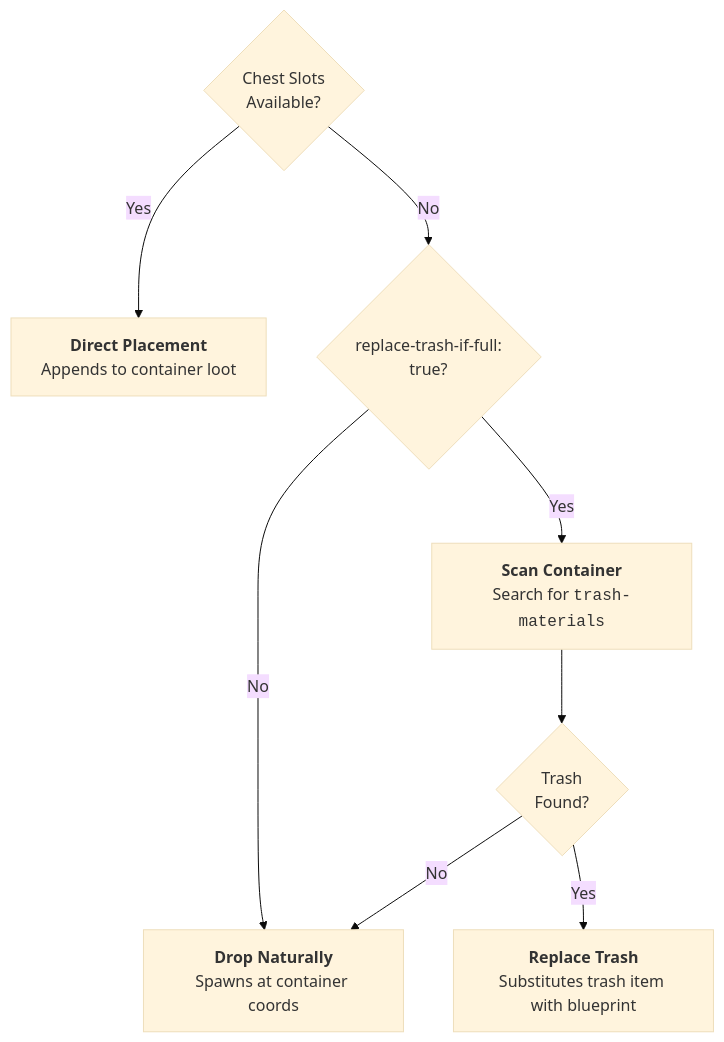
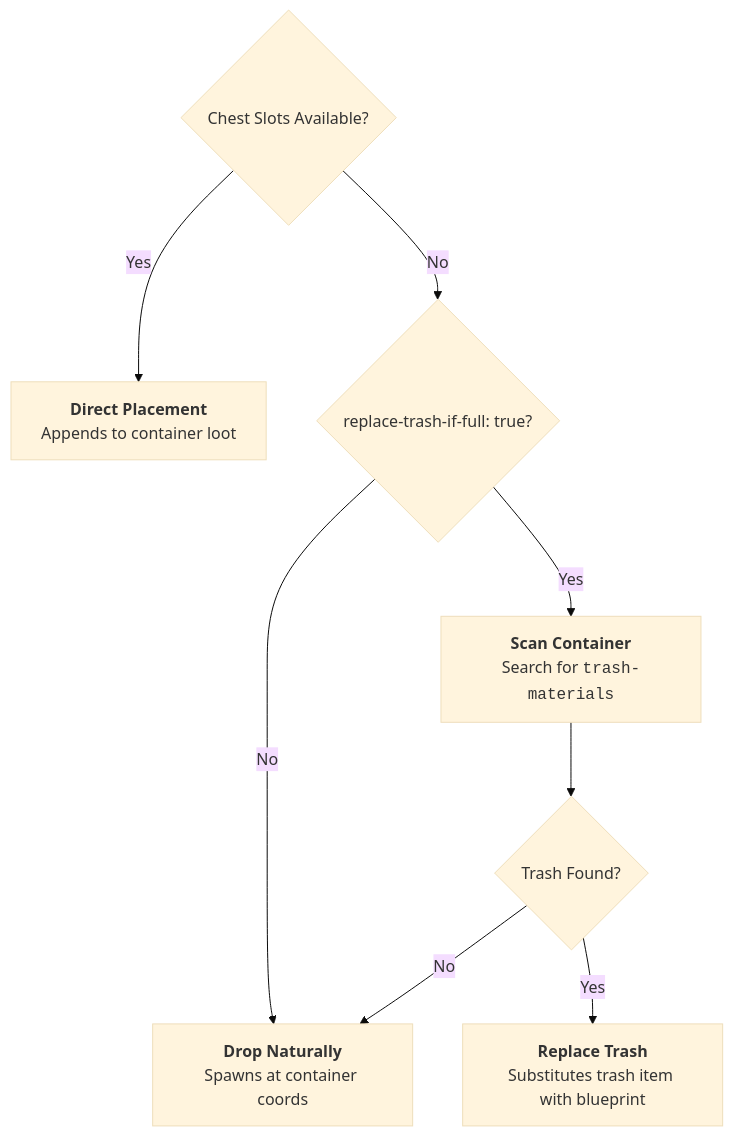
Before and after one commit to XZtotal/CraftingBlueprints-Wiki: the second of 2 diagrams in docs/operations/world-loot-tables.md, drawn with Mermaid (base theme). The commit also changed 4 other files, not shown here.

Commit message:
style(docs): widen flowchart node labels and set wrappingWidth to 360px with minNodeWidth 160px

````diff
--- a/docs/operations/world-loot-tables.md
+++ b/docs/operations/world-loot-tables.md
@@ -250,18 +250,18 @@
 ```mermaid
 flowchart TD
-    CapCheck{"Chest Slots<br/>Available?"}
+    CapCheck{"Chest Slots Available?"}
     Direct["<b>Direct Placement</b><br/>Appends to container loot"]
-    TrashCheck{"replace-trash-if-full:<br/>true?"}
+    TrashCheck{"replace-trash-if-full: true?"}
     DropWorld["<b>Drop Naturally</b><br/>Spawns at container coords"]
     Scan["<b>Scan Container</b><br/>Search for <code>trash-materials</code>"]
-    Found{"Trash<br/>Found?"}
+    Found{"Trash Found?"}
     Replace["<b>Replace Trash</b><br/>Substitutes trash item with blueprint"]
 
     CapCheck -->|Yes| Direct
     CapCheck -->|No| TrashCheck
     TrashCheck -->|No| DropWorld
     TrashCheck -->|Yes| Scan
     Scan --> Found
     Found -->|Yes| Replace
     Found -->|No| DropWorld
 ```
````
